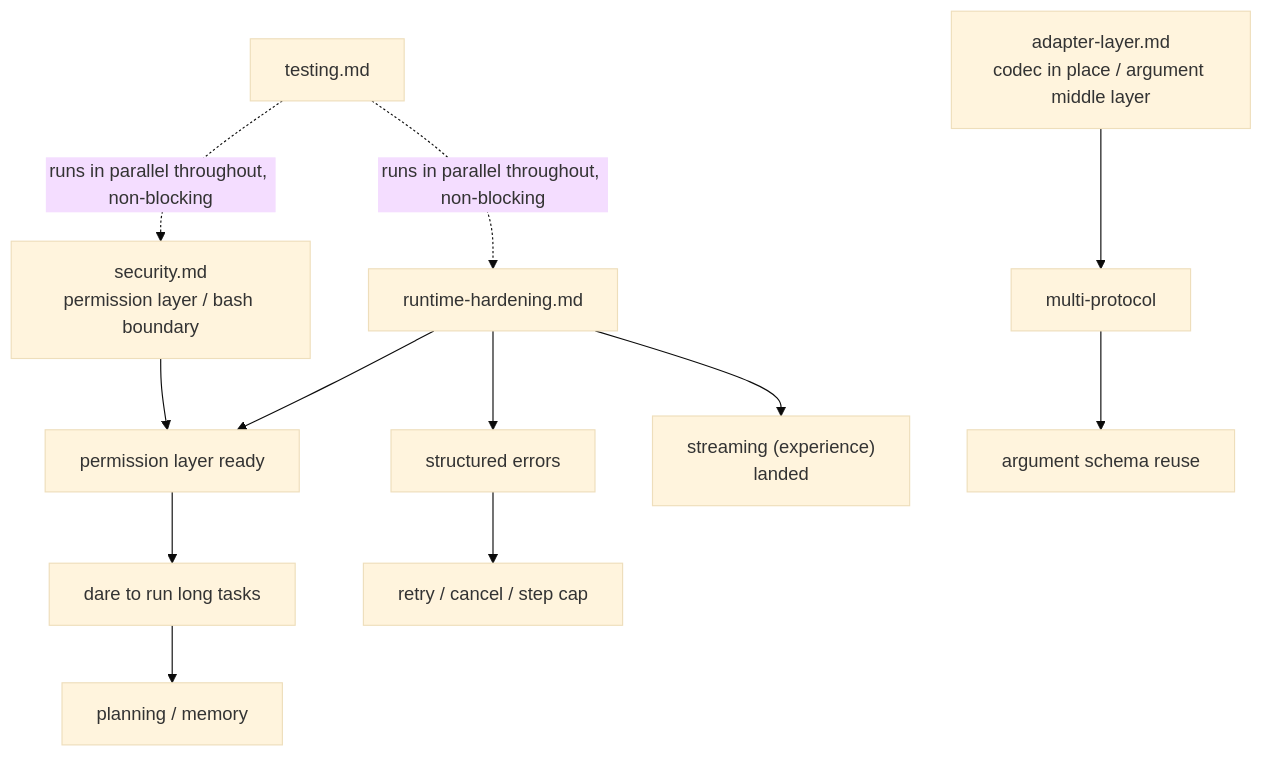
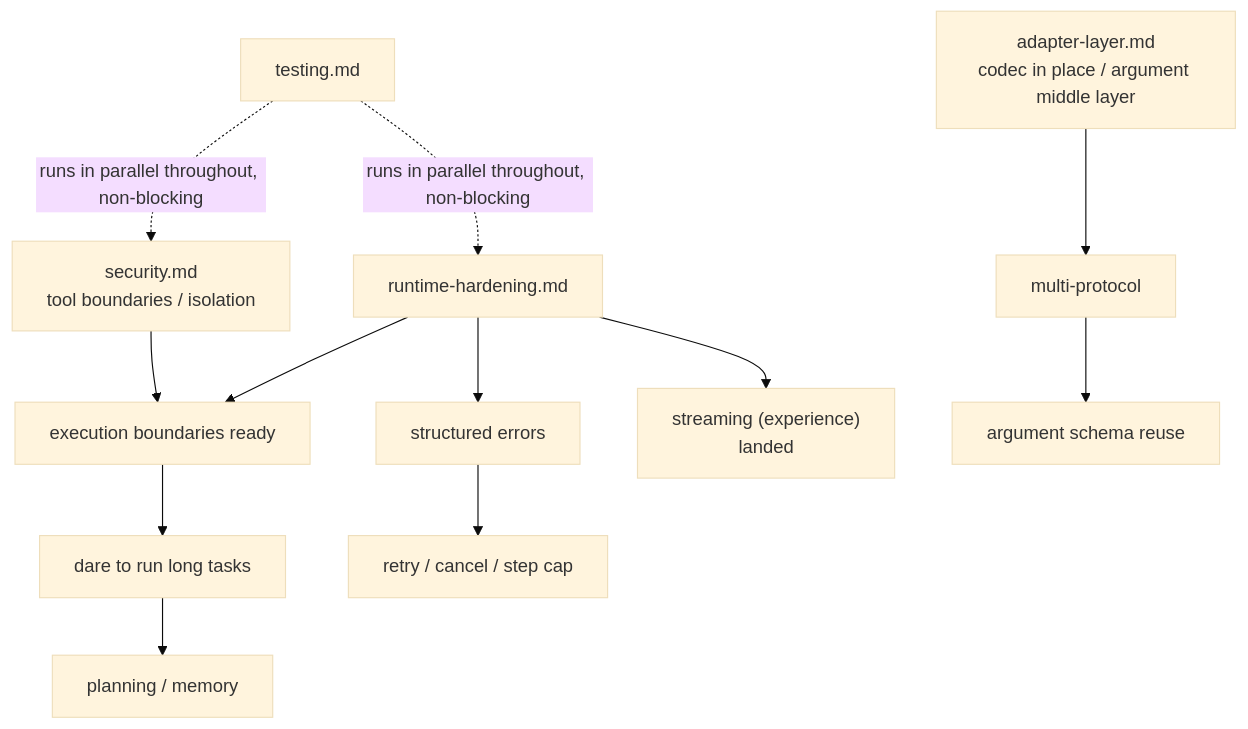
Before and after one commit to Seann0824/Shirley: the diagram in docs/roadmap.md, drawn with Mermaid (base theme). The commit also changed other lines of this file and 32 other files, not shown here.

````diff
--- a/docs/roadmap.md
+++ b/docs/roadmap.md
@@ -45,14 +46,14 @@
 ```mermaid
 graph TD
-    SEC["security.md<br/>permission layer / bash boundary"] --> PERM["permission layer ready"]
-    HARD["runtime-hardening.md"] --> PERM
-    PERM --> LONG["dare to run long tasks"]
+    SEC["security.md<br/>tool boundaries / isolation"] --> BOUND["execution boundaries ready"]
+    HARD["runtime-hardening.md"] --> BOUND
+    BOUND --> LONG["dare to run long tasks"]
     LONG --> PLAN["planning / memory"]
     HARD --> ERR["structured errors"]
     ERR --> RETRY["retry / cancel / step cap"]
     HARD --> STREAM["streaming (experience)<br/>landed"]
     ADAPT["adapter-layer.md<br/>codec in place / argument middle layer"] --> PROTO["multi-protocol"]
     PROTO --> SCHEMA["argument schema reuse"]
     TEST["testing.md"] -.->|runs in parallel throughout, non-blocking| SEC
     TEST -.->|runs in parallel throughout, non-blocking| HARD
 ```
````
